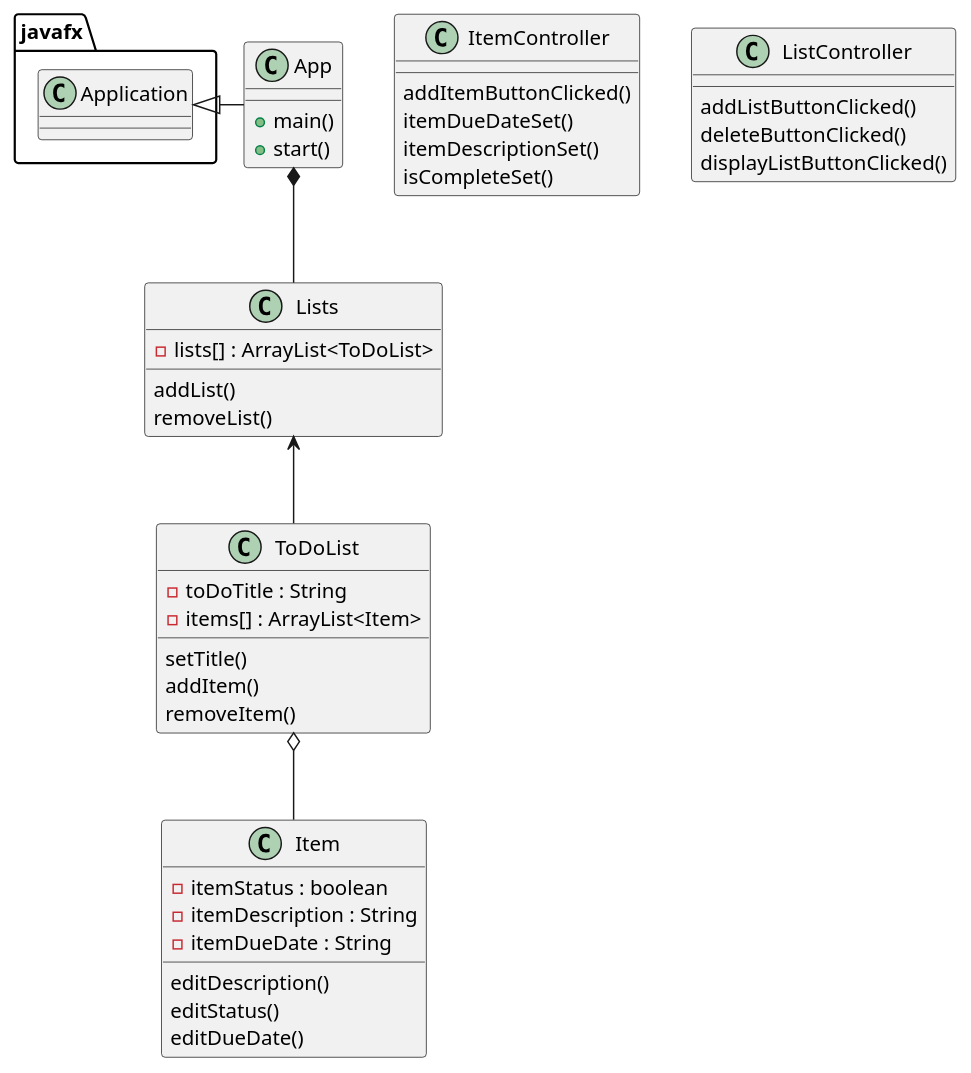
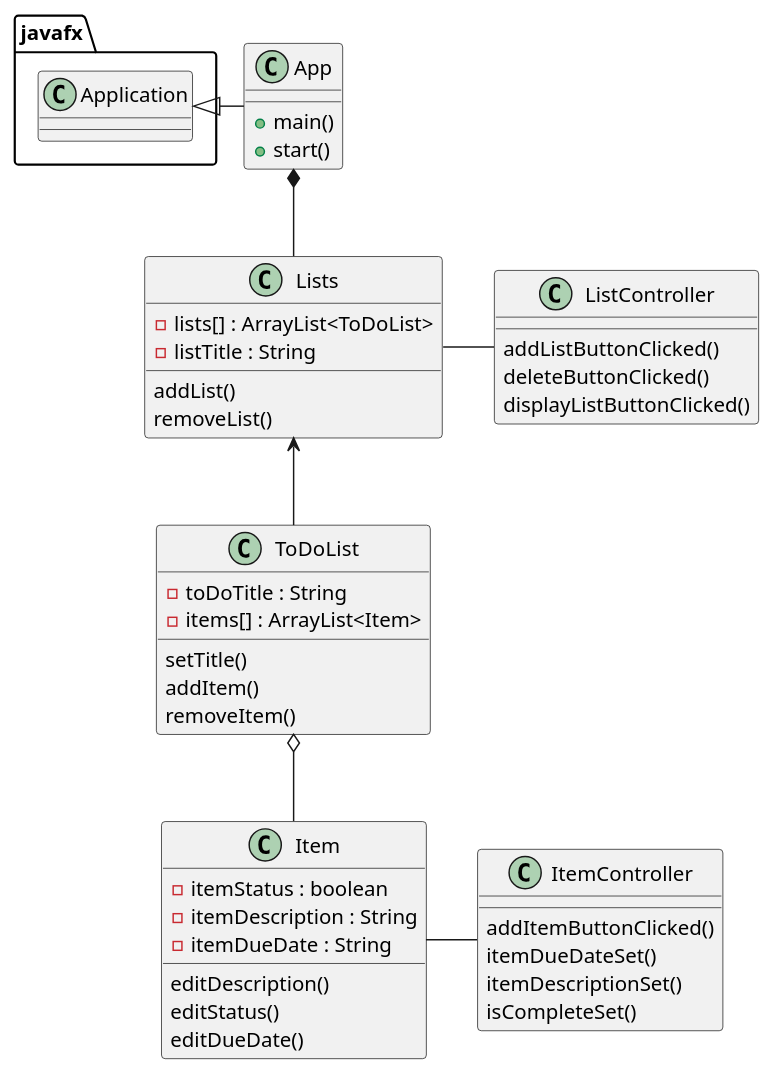
Before and after one commit to nick-vigg/Viggiani-cop330-Assignment4: the diagram in PUML/Assignment4.puml, drawn with PlantUML. The commit also changed 5 other files, not shown here.

```diff
--- a/PUML/Assignment4.puml
+++ b/PUML/Assignment4.puml
@@ -1,52 +1,55 @@
 @startuml
 'https://plantuml.com/class-diagram
 
 
 
 class App {
 + main()
 + start()
 }
 
 class Lists{
 -lists[] : ArrayList<ToDoList>
+-listTitle : String
 addList()
 removeList()
 }
 
 class ToDoList {
 - toDoTitle : String
 - items[] : ArrayList<Item>
 setTitle()
 addItem()
 removeItem()
 }
 
 class Item {
 - itemStatus : boolean
 - itemDescription : String
 - itemDueDate : String
 
 editDescription()
 editStatus()
 editDueDate()
 }
 
 class ItemController{
 addItemButtonClicked()
 itemDueDateSet()
 itemDescriptionSet()
 isCompleteSet()
 }
 class ListController{
 addListButtonClicked()
 deleteButtonClicked()
 displayListButtonClicked()
 }
 
 javafx.Application <|- App
 App *-- Lists
 Lists <-- ToDoList
 ToDoList o-- Item
+Item - ItemController
+Lists - ListController
 
 @enduml
```
